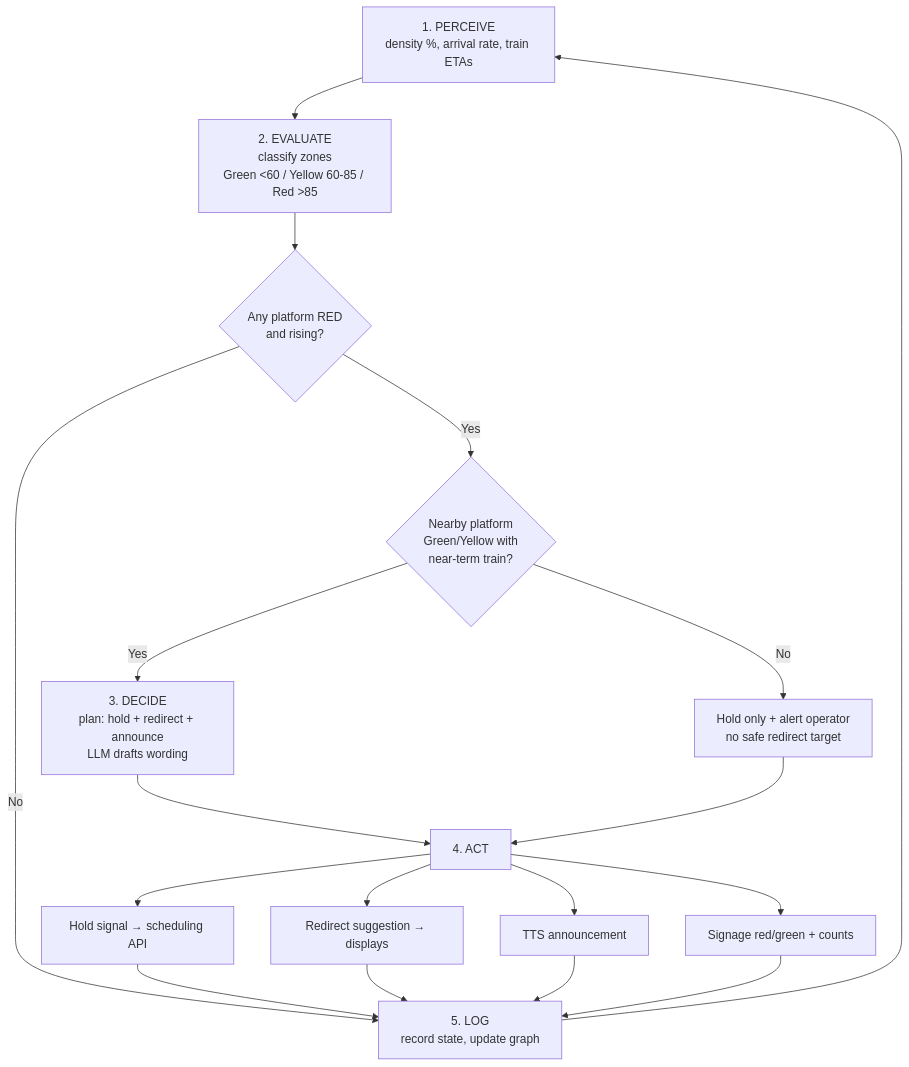
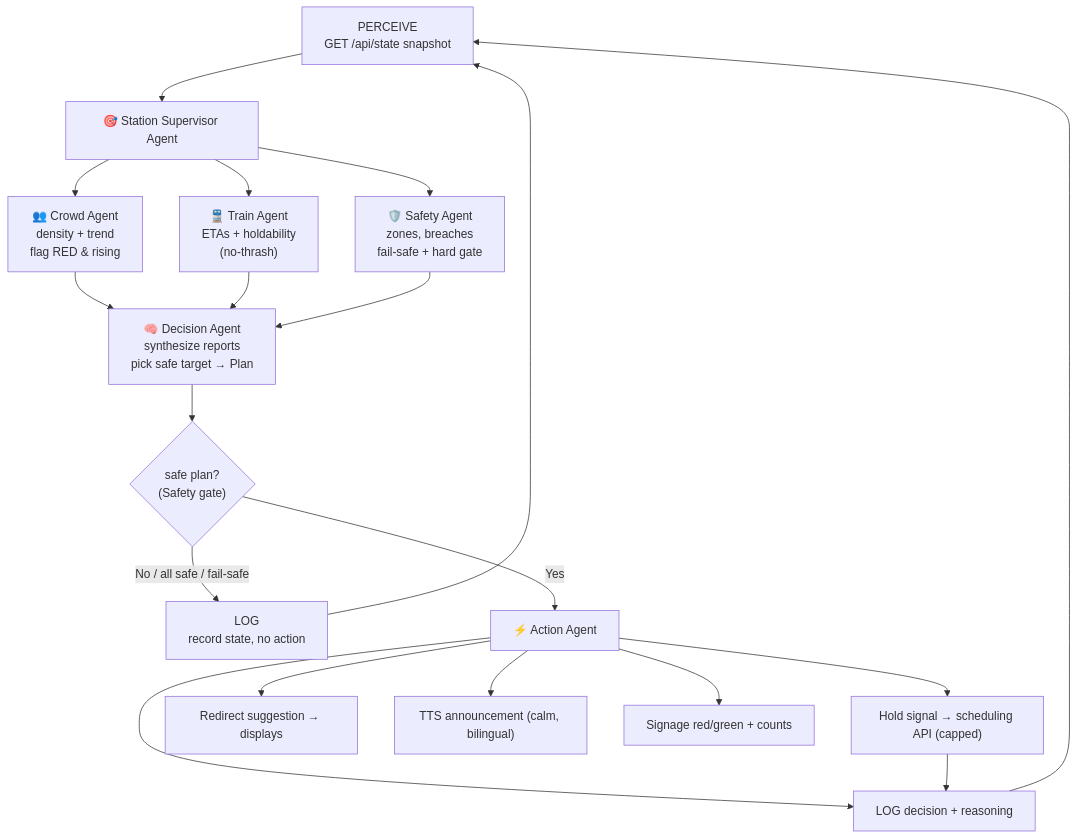
One commit to HarshdeepAthawale/Autonomous-Platform-Crowd-Balancing-Agent changed the first of 3 diagrams in AppFlow.md. Above: the diagram before and after it, drawn with Mermaid. The commit also changed other lines of this file and 5 other files, not shown here.

First line of the commit message:
docs: update all .mds to reflect hierarchical multi-agent architecture

````diff
--- a/AppFlow.md
+++ b/AppFlow.md
@@ -41,20 +45,21 @@
 ```mermaid
 flowchart TD
-    A["1. PERCEIVE<br/>density %, arrival rate, train ETAs"] --> B["2. EVALUATE<br/>classify zones<br/>Green &lt;60 / Yellow 60-85 / Red &gt;85"]
-    B --> C{"Any platform RED<br/>and rising?"}
-    C -- No --> L["5. LOG<br/>record state, update graph"]
-    C -- Yes --> D{"Nearby platform<br/>Green/Yellow with<br/>near-term train?"}
-    D -- No --> E["Hold only + alert operator<br/>no safe redirect target"]
-    D -- Yes --> F["3. DECIDE<br/>plan: hold + redirect + announce<br/>LLM drafts wording"]
-    F --> G["4. ACT"]
-    E --> G
-    G --> G1["Hold signal → scheduling API"]
-    G --> G2["Redirect suggestion → displays"]
-    G --> G3["TTS announcement"]
-    G --> G4["Signage red/green + counts"]
-    G1 --> L
-    G2 --> L
-    G3 --> L
-    G4 --> L
-    L --> A
+    P["PERCEIVE<br/>GET /api/state snapshot"] --> SUP["🎯 Station Supervisor Agent"]
+    SUP --> CR["👥 Crowd Agent<br/>density + trend<br/>flag RED &amp; rising"]
+    SUP --> TR["🚆 Train Agent<br/>ETAs + holdability<br/>(no-thrash)"]
+    SUP --> SA["🛡️ Safety Agent<br/>zones, breaches<br/>fail-safe + hard gate"]
+    CR --> DEC["🧠 Decision Agent<br/>synthesize reports<br/>pick safe target → Plan"]
+    TR --> DEC
+    SA --> DEC
+    DEC --> CHK{"safe plan?<br/>(Safety gate)"}
+    CHK -- No / all safe / fail-safe --> L["LOG<br/>record state, no action"]
+    CHK -- Yes --> ACT["⚡ Action Agent"]
+    ACT --> G1["Hold signal → scheduling API (capped)"]
+    ACT --> G2["Redirect suggestion → displays"]
+    ACT --> G3["TTS announcement (calm, bilingual)"]
+    ACT --> G4["Signage red/green + counts"]
+    ACT --> L2["LOG decision + reasoning"]
+    G1 --> L2
+    L2 --> P
+    L --> P
 ```
````
